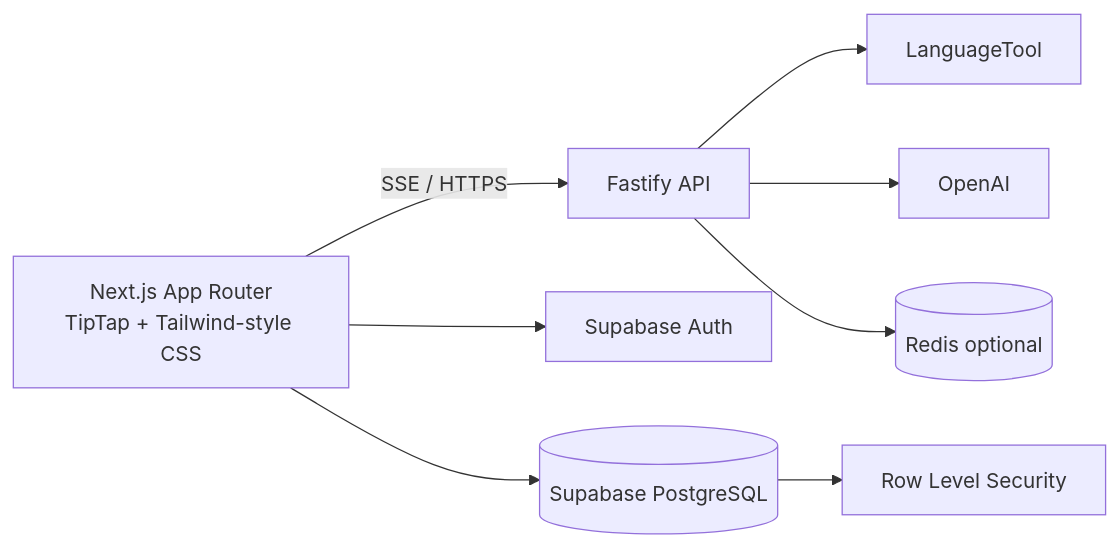
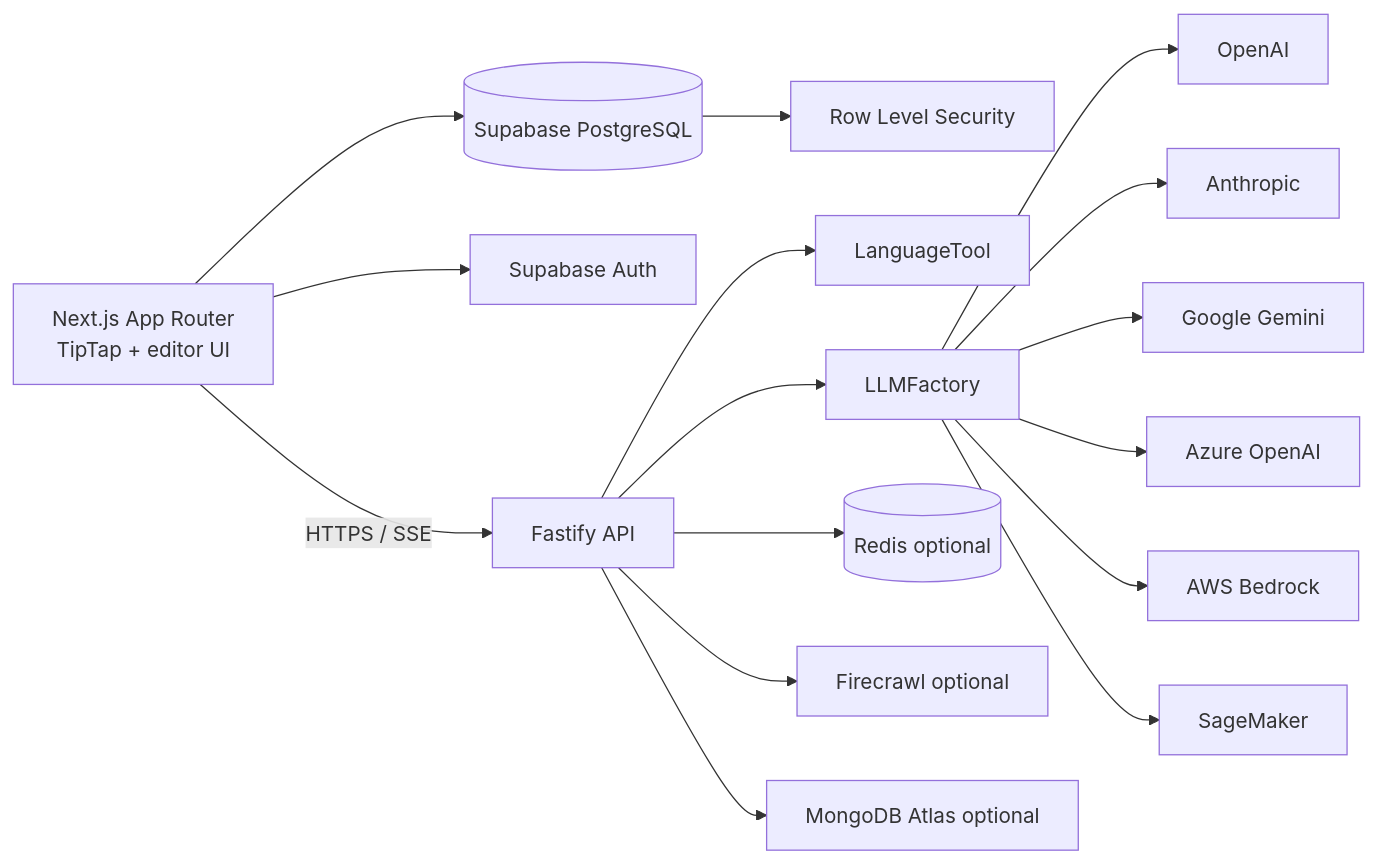
Before and after one commit to PhucAnPhamHa/CheckGram: the diagram in README.md, drawn with Mermaid. The commit also changed other lines of this file, not shown here.

Commit message:
Rewrite README for current architecture

````diff
--- a/README.md
+++ b/README.md
@@ -29,10 +33,18 @@
 ```mermaid
 flowchart LR
-    Browser["Next.js App Router<br/>TipTap + Tailwind-style CSS"] -->|SSE / HTTPS| API["Fastify API"]
+    Browser["Next.js App Router<br/>TipTap + editor UI"] -->|HTTPS / SSE| API["Fastify API"]
     Browser --> Auth["Supabase Auth"]
-    API --> LT["LanguageTool"]
-    API --> AI["OpenAI"]
-    API --> Cache[("Redis optional")]
     Browser --> DB[("Supabase PostgreSQL")]
     DB --> RLS["Row Level Security"]
+    API --> LT["LanguageTool"]
+    API --> Factory["LLMFactory"]
+    Factory --> OpenAI["OpenAI"]
+    Factory --> Anthropic["Anthropic"]
+    Factory --> Gemini["Google Gemini"]
+    Factory --> Azure["Azure OpenAI"]
+    Factory --> Bedrock["AWS Bedrock"]
+    Factory --> SageMaker["SageMaker"]
+    API --> Cache[("Redis optional")]
+    API --> Firecrawl["Firecrawl optional"]
+    API --> Mongo["MongoDB Atlas optional"]
 ```
````
